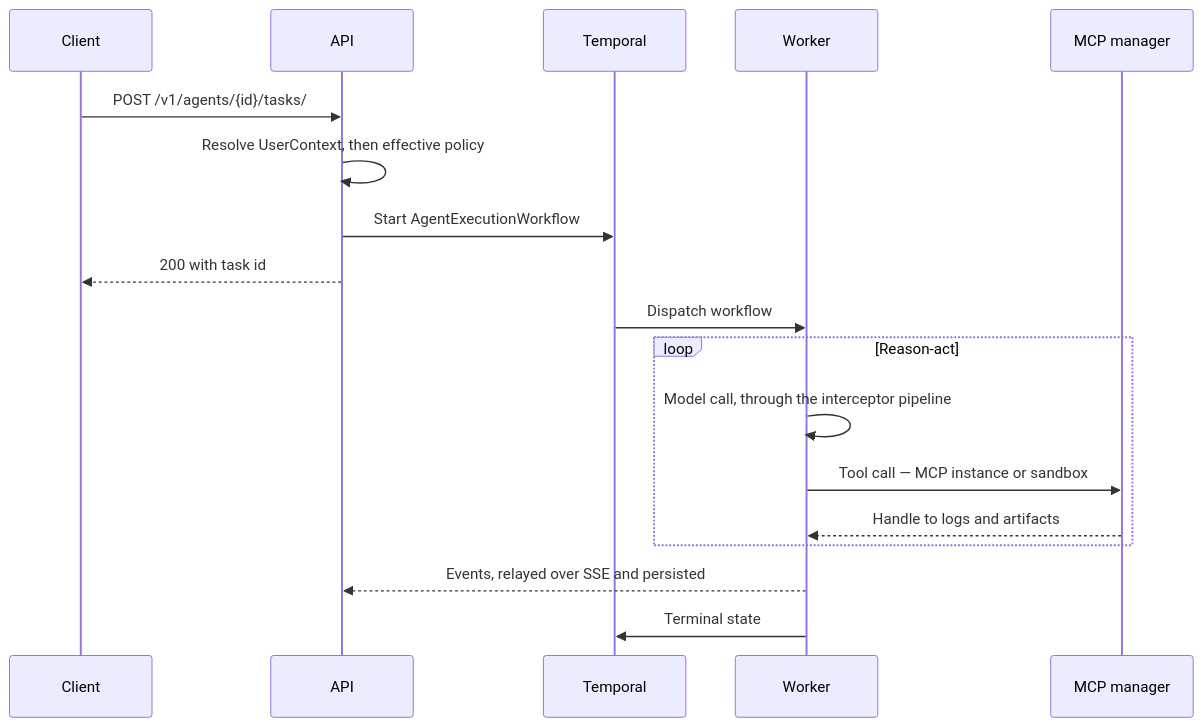
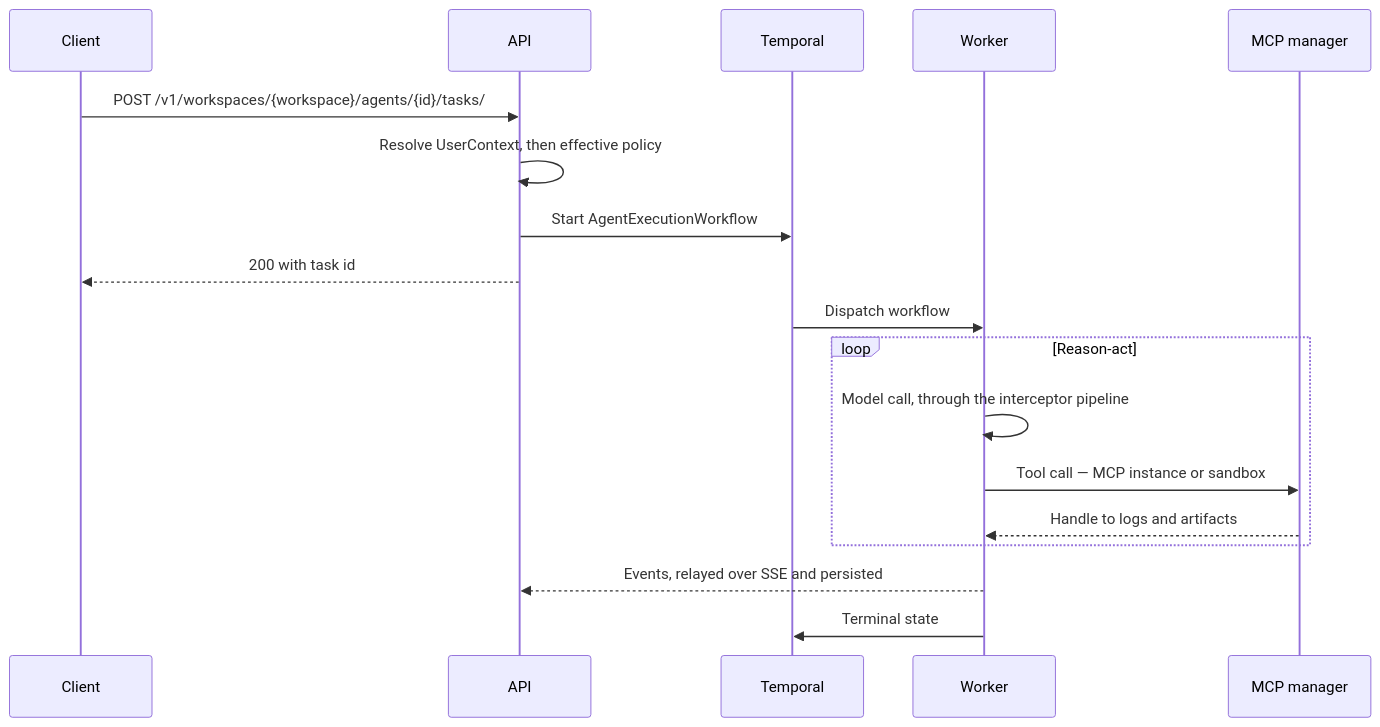
One commit to agentarea/agentarea changed the diagram in docs/how-it-works.md. Above: the diagram before and after it, drawn with Mermaid. The commit also changed other lines of this file and 900 other files, not shown here.

````diff
--- a/docs/how-it-works.md
+++ b/docs/how-it-works.md
@@ -58,20 +58,20 @@
 ```mermaid
 sequenceDiagram
     participant C as Client
     participant A as API
     participant T as Temporal
     participant W as Worker
     participant M as MCP manager
-    C->>A: POST /v1/agents/{id}/tasks/
+    C->>A: POST /v1/workspaces/{workspace}/agents/{id}/tasks/
     A->>A: Resolve UserContext, then effective policy
     A->>T: Start AgentExecutionWorkflow
     A-->>C: 200 with task id
     T->>W: Dispatch workflow
     loop Reason-act
         W->>W: Model call, through the interceptor pipeline
         W->>M: Tool call — MCP instance or sandbox
         M-->>W: Handle to logs and artifacts
     end
     W-->>A: Events, relayed over SSE and persisted
     W->>T: Terminal state
 ```
````
